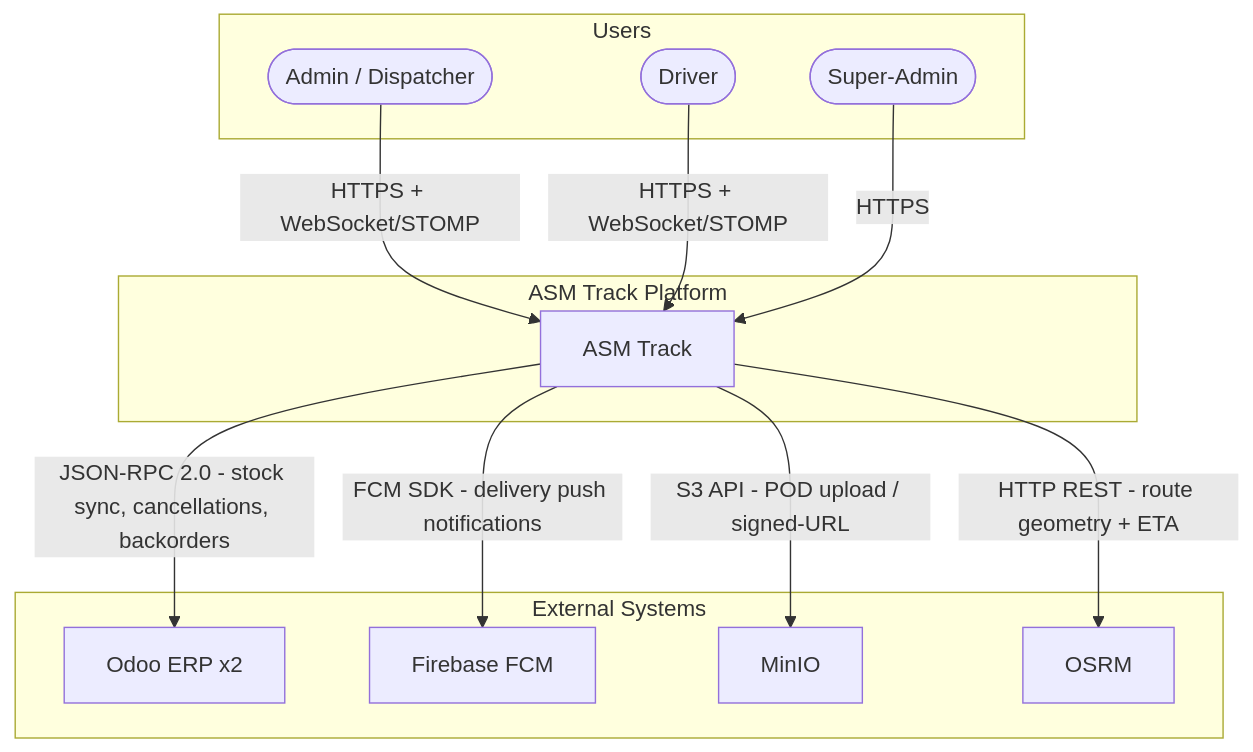
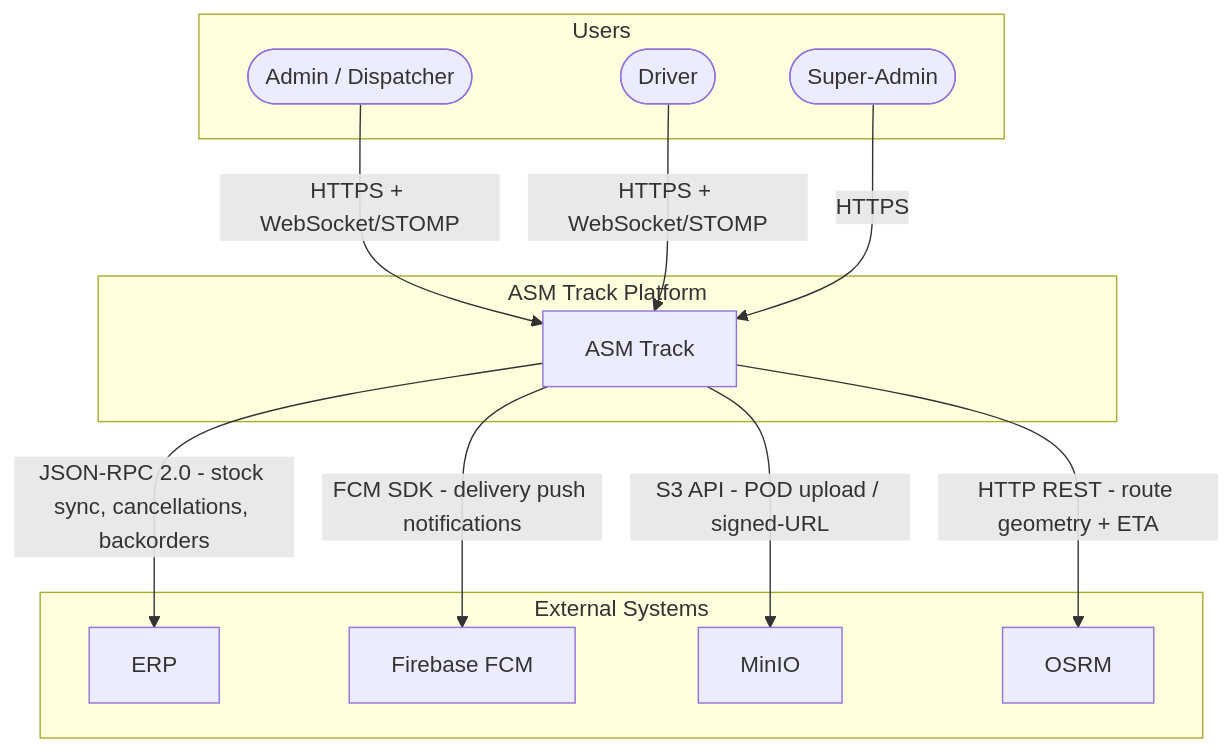
Before and after one commit to Moaziz667/asm-track: the first of 7 diagrams in docs/01-global-architecture.md, drawn with Mermaid. The commit also changed other lines of this file and 27 other files, not shown here.

````diff
--- a/docs/01-global-architecture.md
+++ b/docs/01-global-architecture.md
@@ -5,28 +5,28 @@
 ```mermaid
 flowchart TB
     subgraph Users["Users"]
         admin(["Admin / Dispatcher"])
         driver(["Driver"])
         superadmin(["Super-Admin"])
     end
 
     subgraph ASM["ASM Track Platform"]
         core["ASM Track"]
     end
 
     subgraph External["External Systems"]
-        odoo["Odoo ERP x2"]
+        odoo[" ERP "]
         fcm["Firebase FCM"]
         minio["MinIO"]
         osrm["OSRM"]
     end
 
     admin -->|HTTPS + WebSocket/STOMP| core
     driver -->|HTTPS + WebSocket/STOMP| core
     superadmin -->|HTTPS| core
 
     core -->|JSON-RPC 2.0 - stock sync, cancellations, backorders| odoo
     core -->|FCM SDK - delivery push notifications| fcm
     core -->|S3 API - POD upload / signed-URL| minio
     core -->|HTTP REST - route geometry + ETA| osrm
 ```
````
